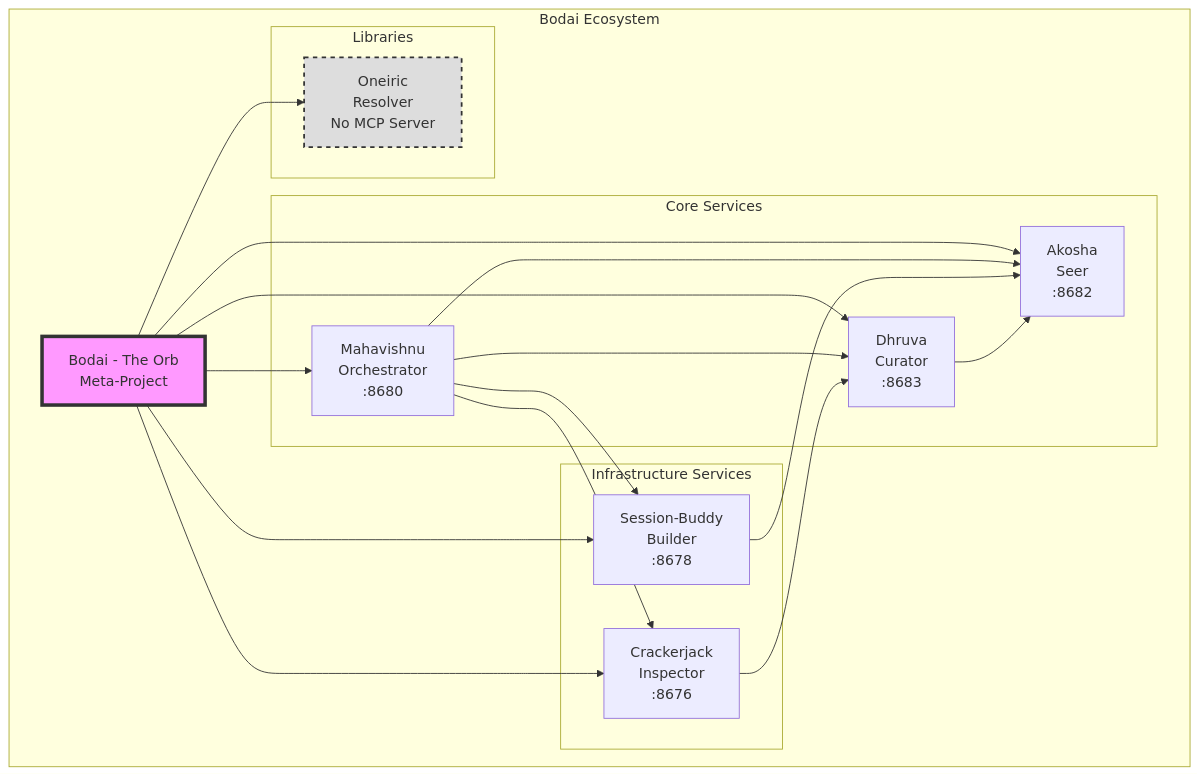
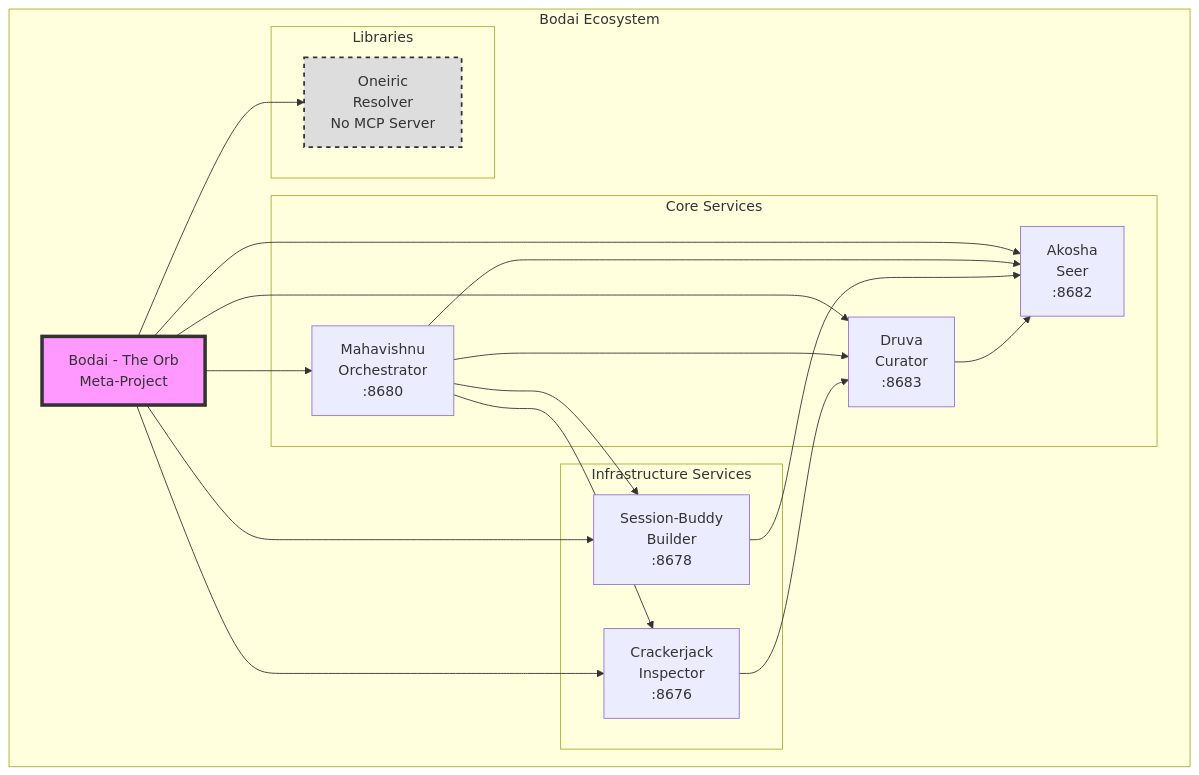
One commit to lesleslie/bodai changed the diagram in docs/architecture.md. Above: the diagram before and after it, drawn with Mermaid. The commit also changed other lines of this file and 10 other files, not shown here.

First line of the commit message:
refactor: rename Dhruva to Druva across ecosystem

````diff
--- a/docs/architecture.md
+++ b/docs/architecture.md
@@ -7,40 +7,40 @@
 ```mermaid
 graph TB
     subgraph "Bodai Ecosystem"
         BODAI[Bodai - The Orb<br/>Meta-Project]
 
         subgraph "Core Services"
             MAHA[Mahavishnu<br/>Orchestrator<br/>:8680]
             AKOS[Akosha<br/>Seer<br/>:8682]
-            DHRU[Dhruva<br/>Curator<br/>:8683]
+            DHRU[Druva<br/>Curator<br/>:8683]
         end
 
         subgraph "Infrastructure Services"
             SESS[Session-Buddy<br/>Builder<br/>:8678]
             CRACK[Crackerjack<br/>Inspector<br/>:8676]
         end
 
         subgraph "Libraries"
             ONEI[Oneiric<br/>Resolver<br/>No MCP Server]
         end
 
         BODAI --> MAHA
         BODAI --> AKOS
         BODAI --> DHRU
         BODAI --> SESS
         BODAI --> CRACK
         BODAI --> ONEI
 
         MAHA --> AKOS
         MAHA --> DHRU
         MAHA --> SESS
         MAHA --> CRACK
 
         SESS --> AKOS
         CRACK --> DHRU
         DHRU --> AKOS
     end
 
     style BODAI fill:#f9f,stroke:#333,stroke-width:4px
     style ONEI fill:#ddd,stroke:#333,stroke-width:2px,stroke-dasharray: 5 5
 ```
````
